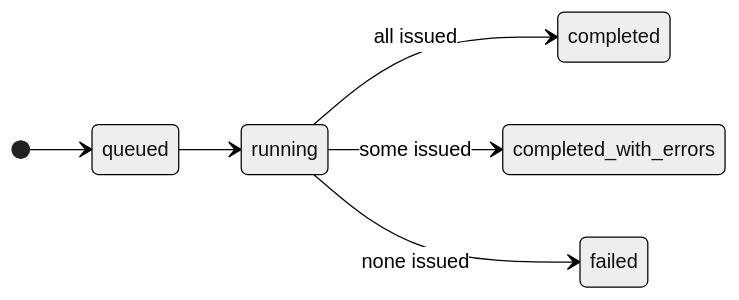
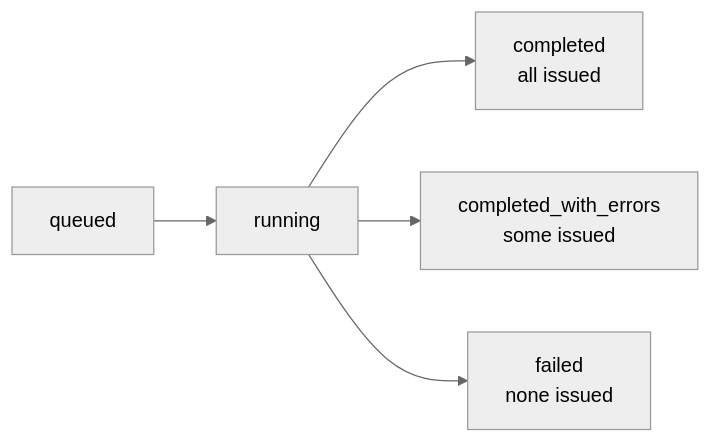
Before and after one commit to kylashreddy/bulk-Certificate-Generator: the third of 3 diagrams in README.md, drawn with Mermaid (neutral theme). The commit also changed other lines of this file, not shown here.

Commit message:
Simplify README and add flow diagrams

````diff
--- a/README.md
+++ b/README.md
@@ -345,9 +69,7 @@
 ```mermaid
-stateDiagram-v2
-    direction LR
-    [*] --> queued
-    queued --> running
-    running --> completed: all issued
-    running --> completed_with_errors: some issued
-    running --> failed: none issued
+flowchart LR
+    Q[queued] --> R[running]
+    R --> C1[completed<br/>all issued]
+    R --> C2[completed_with_errors<br/>some issued]
+    R --> C3[failed<br/>none issued]
 ```
````
